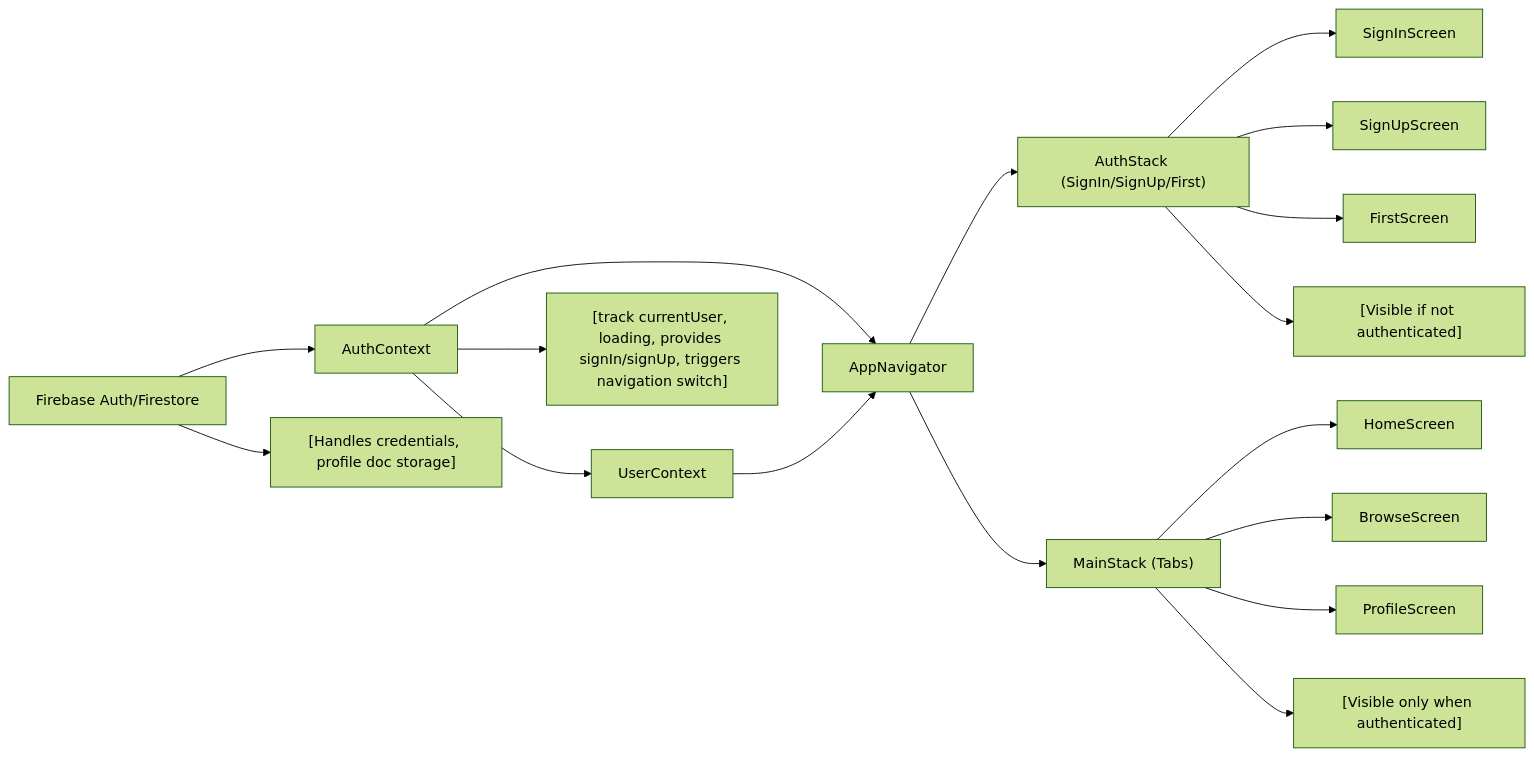
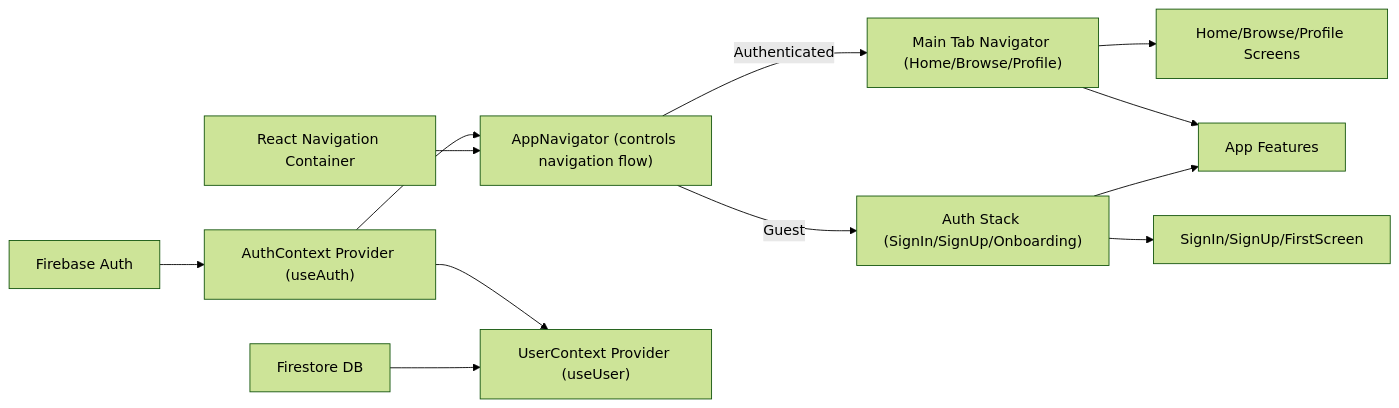
Before and after one commit to lucasboucher/Expo-Firebase-Boiler-Plate-2: the diagram in .shelfya/guide/architecture.md, drawn with Mermaid (forest theme). The commit also changed other lines of this file and 7 other files, not shown here.

````diff
--- a/.shelfya/guide/architecture.md
+++ b/.shelfya/guide/architecture.md
@@ -77,21 +73,19 @@
 ```mermaid
 flowchart LR
-  firebase["Firebase Auth/Firestore"] --> authContext["AuthContext"]
-  authContext --> userContext["UserContext"]
-  authContext --> appNavigator["AppNavigator"]
-  userContext --> appNavigator
-  appNavigator --> authStack["AuthStack (SignIn/SignUp/First)"]
-  appNavigator --> mainStack["MainStack (Tabs)"]
-  mainStack --> homeScreen["HomeScreen"]
-  mainStack --> browseScreen["BrowseScreen"]
-  mainStack --> profileScreen["ProfileScreen"]
-  authStack --> signInScreen["SignInScreen"]
-  authStack --> signUpScreen["SignUpScreen"]
-  authStack --> firstScreen["FirstScreen"]
+  FB_Auth["Firebase Auth"]
+  FB_DB["Firestore DB"]
+  NavigationContainer["React Navigation Container"]
   
-  %% Details nodes (optional)
-  firebase --> details["[Handles credentials, profile doc storage]"]
-  authContext --> process["[track currentUser, loading, provides signIn/signUp, triggers navigation switch]"]
-  mainStack --> consumers["[Visible only when authenticated]"]
-  authStack --> consumers2["[Visible if not authenticated]"]
+  FB_Auth --> AuthContext["AuthContext Provider (useAuth)"]
+  AuthContext --> AppNavigator["AppNavigator (controls navigation flow)"]
+  AuthContext --> UserContext["UserContext Provider (useUser)"]
+  FB_DB --> UserContext
+  NavigationContainer --> AppNavigator
+  AppNavigator -->|Authenticated| MainStack["Main Tab Navigator (Home/Browse/Profile)"]
+  AppNavigator -->|Guest| AuthStack["Auth Stack (SignIn/SignUp/Onboarding)"]
+  MainStack --> HomeScreen["Home/Browse/Profile Screens"]
+  AuthStack --> AuthScreens["SignIn/SignUp/FirstScreen"]
+  
+  MainStack --> consumers["App Features"]
+  AuthStack --> consumers
 ```
````
